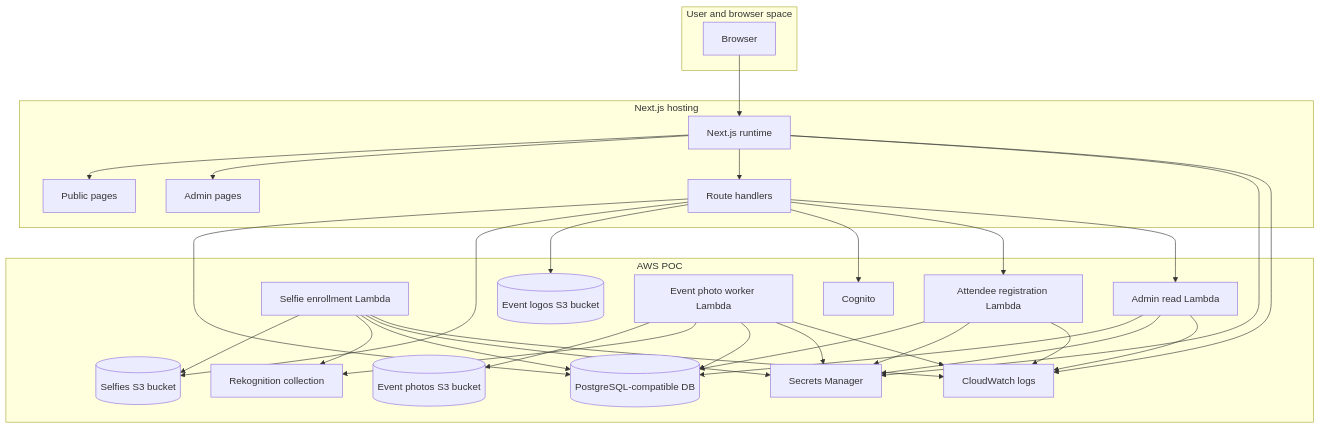
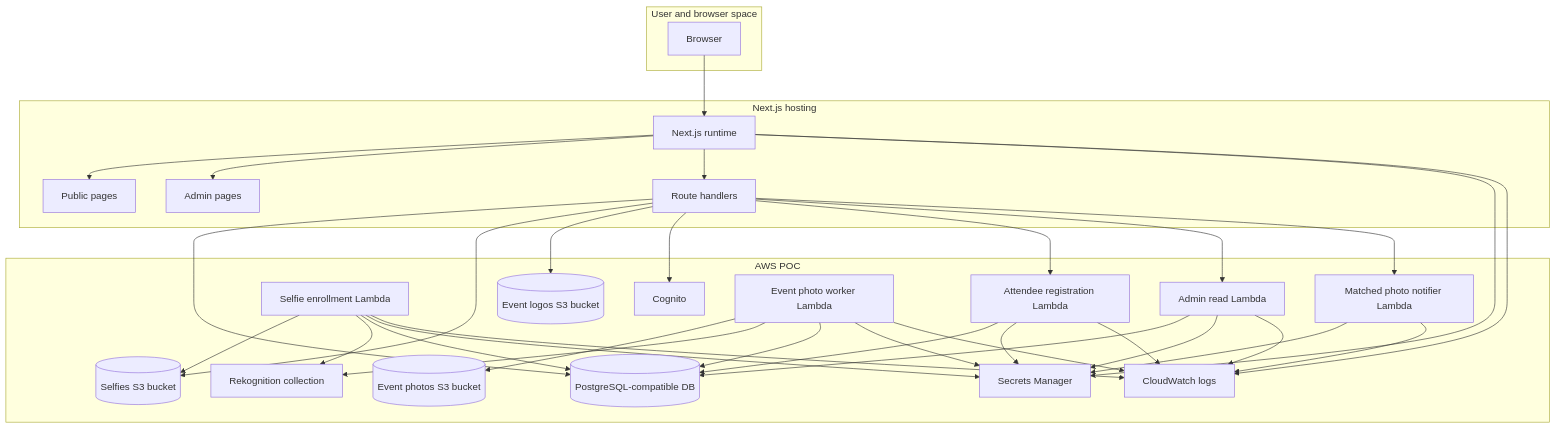
Before and after one commit to anyulled/FaceLocator: the eighth of 8 diagrams in README.md, drawn with Mermaid. The commit also changed other lines of this file and 16 other files, not shown here.

Commit message:
fix: route magic links through notifier lambda

````diff
--- a/README.md
+++ b/README.md
@@ -252,57 +294,61 @@
 ```mermaid
 flowchart TB
   subgraph UserSpace["User and browser space"]
     browser["Browser"]
   end
 
   subgraph Next["Next.js hosting"]
     nextServer["Next.js runtime"]
     apiRoutes["Route handlers"]
     adminPages["Admin pages"]
     publicPages["Public pages"]
   end
 
   subgraph AWS["AWS POC"]
     s3Selfies[(Selfies S3 bucket)]
     s3EventPhotos[(Event photos S3 bucket)]
     s3EventLogos[(Event logos S3 bucket)]
     lambdaSelfie["Selfie enrollment Lambda"]
     lambdaAttendee["Attendee registration Lambda"]
     lambdaAdmin["Admin read Lambda"]
+    lambdaNotifier["Matched photo notifier Lambda"]
     lambdaPhoto["Event photo worker Lambda"]
     rekognition["Rekognition collection"]
     rds[(PostgreSQL-compatible DB)]
     secrets["Secrets Manager"]
     logs["CloudWatch logs"]
     cognito["Cognito"]
   end
 
   browser --> nextServer
   nextServer --> publicPages
   nextServer --> adminPages
   nextServer --> apiRoutes
   apiRoutes --> rds
   apiRoutes --> s3Selfies
   apiRoutes --> s3EventLogos
   apiRoutes --> cognito
   apiRoutes --> lambdaAttendee
   apiRoutes --> lambdaAdmin
+  apiRoutes --> lambdaNotifier
   lambdaSelfie --> s3Selfies
   lambdaSelfie --> rekognition
   lambdaSelfie --> rds
   lambdaAttendee --> rds
   lambdaAdmin --> rds
   lambdaPhoto --> s3EventPhotos
   lambdaPhoto --> rekognition
   lambdaPhoto --> rds
   nextServer --> secrets
   lambdaAttendee --> secrets
   lambdaAdmin --> secrets
+  lambdaNotifier --> secrets
   lambdaSelfie --> secrets
   lambdaPhoto --> secrets
   nextServer --> logs
   lambdaAttendee --> logs
   lambdaAdmin --> logs
+  lambdaNotifier --> logs
   lambdaSelfie --> logs
   lambdaPhoto --> logs
 ```
````
